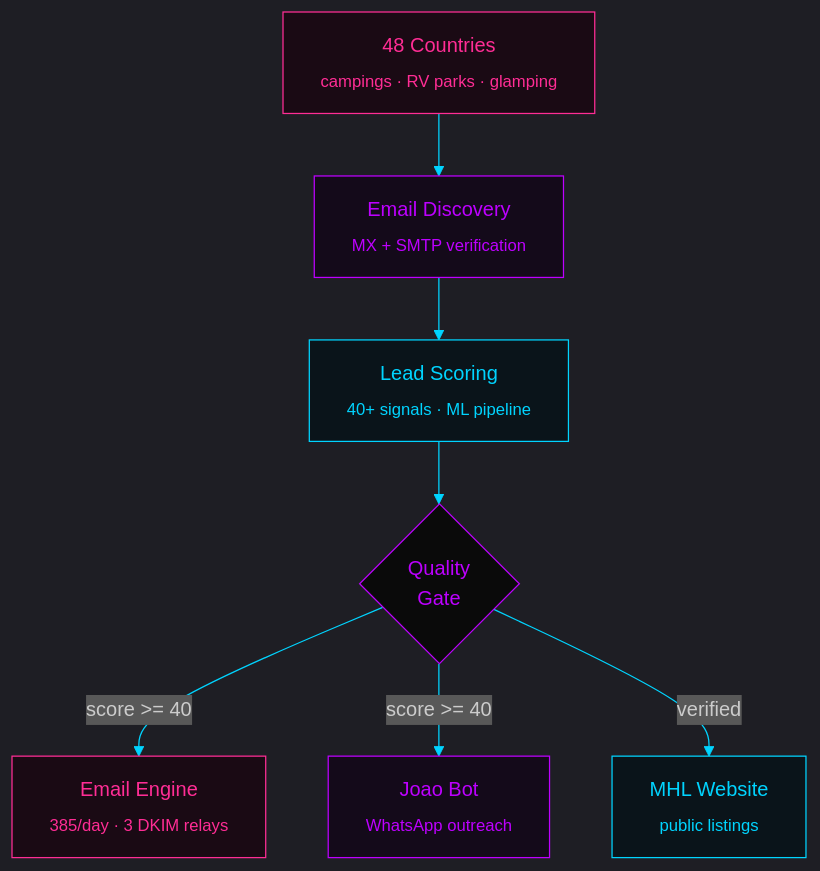
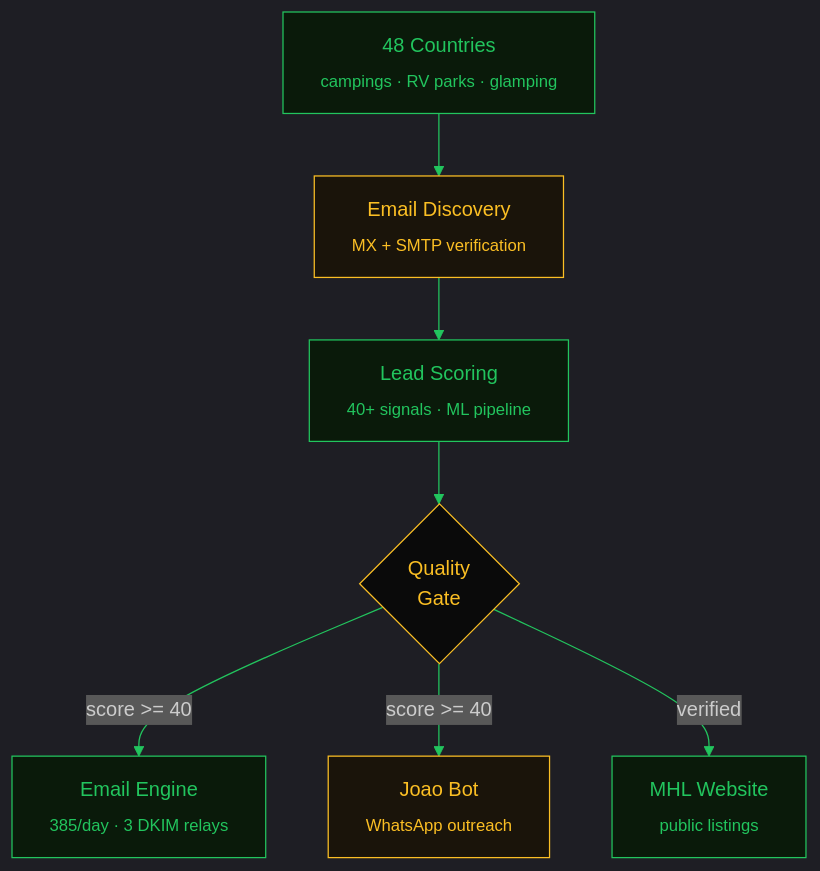
The second of 2 diagrams in README.md (MatheusAgueda/MatheusAgueda), drawn with Mermaid before and after one commit. The commit also changed other lines of this file and 6 other files, not shown here.

````diff
--- a/README.md
+++ b/README.md
@@ -196,24 +198,23 @@
 ```mermaid
 %%{init: {'theme': 'dark', 'themeVariables': {
-  'primaryColor': '#FF2D95',
+  'primaryColor': '#22c55e',
   'primaryTextColor': '#cccccc',
-  'primaryBorderColor': '#BD00FF',
-  'lineColor': '#00D4FF',
+  'primaryBorderColor': '#fbbf24',
+  'lineColor': '#22c55e',
   'secondaryColor': '#111122',
   'tertiaryColor': '#0d0d1a'
 }}}%%
 
 flowchart TB
-  SCRAPE["48 Countries<br/><sub>campings · RV parks · glamping</sub>"]:::pink
-  --> ENRICH["Email Discovery<br/><sub>MX + SMTP verification</sub>"]:::purple
-  --> SCORE["Lead Scoring<br/><sub>40+ signals · ML pipeline</sub>"]:::cyan
+  SCRAPE["48 Countries<br/><sub>campings · RV parks · glamping</sub>"]:::green
+  --> ENRICH["Email Discovery<br/><sub>MX + SMTP verification</sub>"]:::gold
+  --> SCORE["Lead Scoring<br/><sub>40+ signals · ML pipeline</sub>"]:::green
   --> GATE{"Quality<br/>Gate"}:::gate
-  GATE -->|"score >= 40"| SEND["Email Engine<br/><sub>385/day · 3 DKIM relays</sub>"]:::pink
-  GATE -->|"score >= 40"| WA["Joao Bot<br/><sub>WhatsApp outreach</sub>"]:::purple
-  GATE -->|"verified"| MHL["MHL Website<br/><sub>public listings</sub>"]:::cyan
+  GATE -->|"score >= 40"| SEND["Email Engine<br/><sub>385/day · 3 DKIM relays</sub>"]:::green
+  GATE -->|"score >= 40"| WA["Joao Bot<br/><sub>WhatsApp outreach</sub>"]:::gold
+  GATE -->|"verified"| MHL["MHL Website<br/><sub>public listings</sub>"]:::green
 
-  classDef pink fill:#1a0a14,stroke:#FF2D95,color:#FF2D95
-  classDef purple fill:#140a1a,stroke:#BD00FF,color:#BD00FF
-  classDef cyan fill:#0a141a,stroke:#00D4FF,color:#00D4FF
-  classDef gate fill:#0a0a0a,stroke:#BD00FF,color:#BD00FF
+  classDef green fill:#0a1a0a,stroke:#22c55e,color:#22c55e
+  classDef gold fill:#1a140a,stroke:#fbbf24,color:#fbbf24
+  classDef gate fill:#0a0a0a,stroke:#fbbf24,color:#fbbf24
 ```
````
